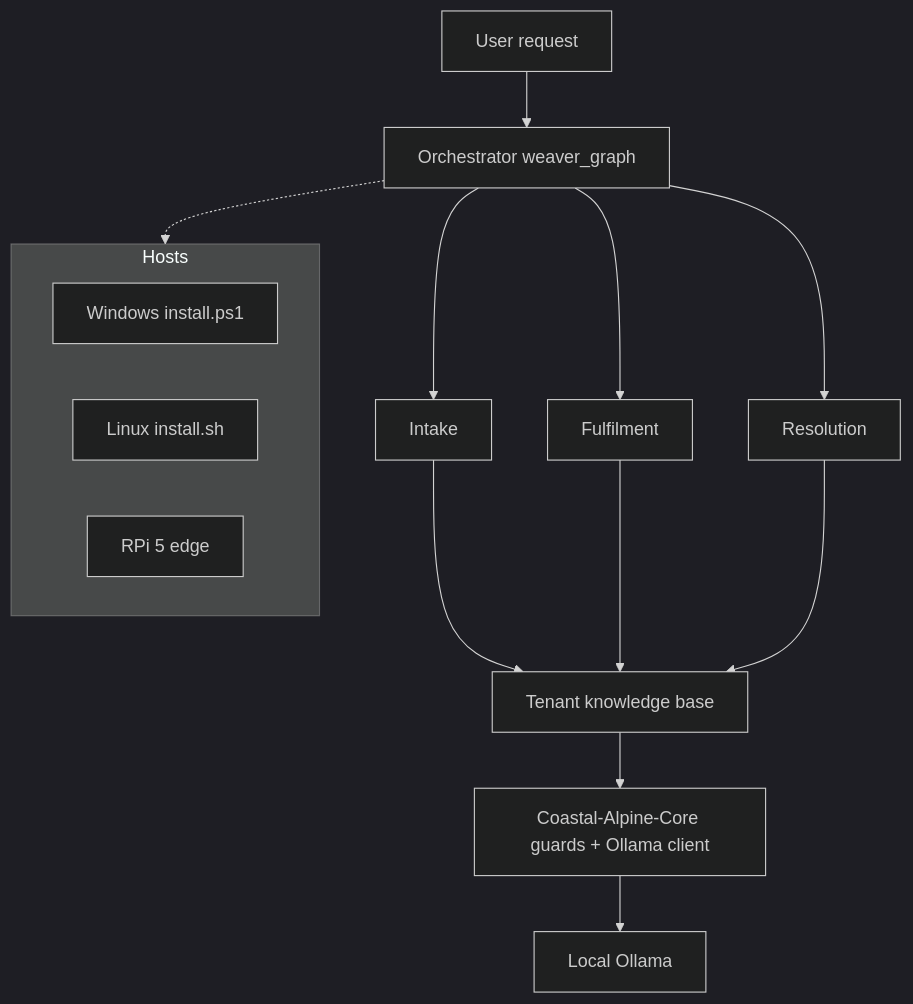
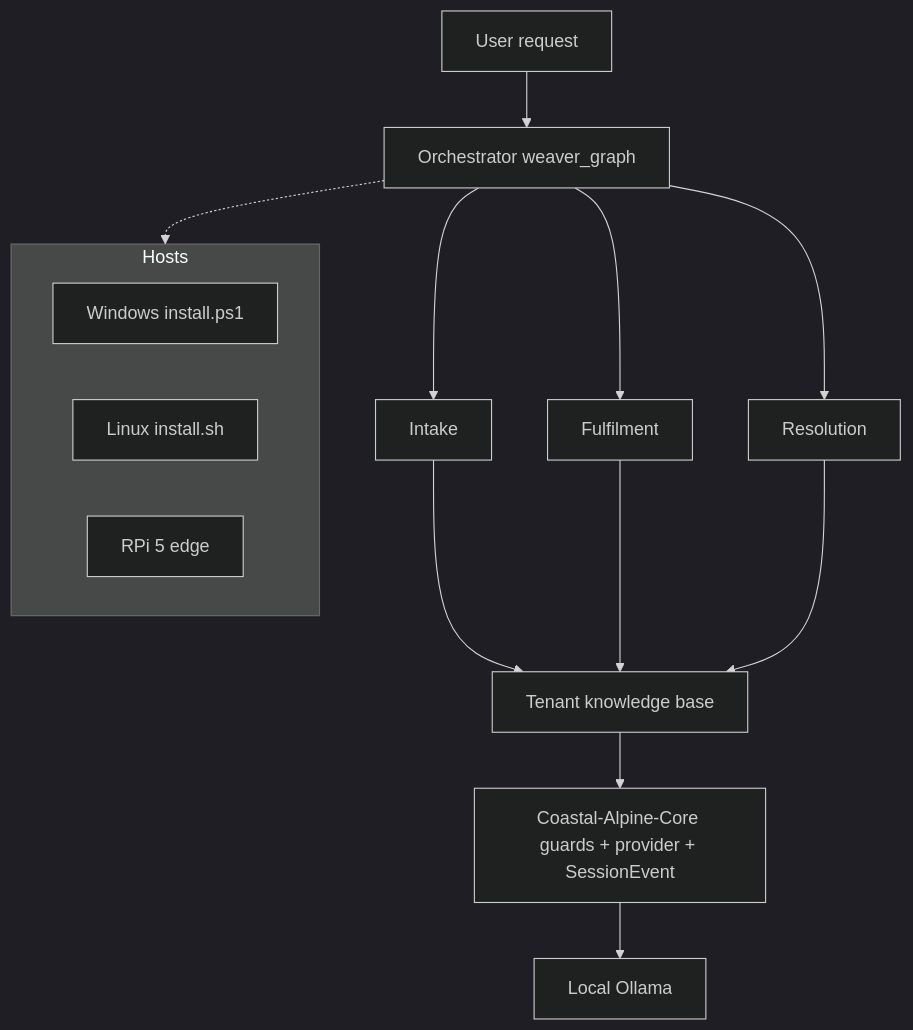
One commit to fivepanelhat/Weaver changed the diagram in ARCHITECTURE.md. Above: the diagram before and after it, drawn with Mermaid. The commit also changed other lines of this file, not shown here.

Commit message:
docs(architecture): document Sprint A Core seams (SessionEvent + providers)

````diff
--- a/ARCHITECTURE.md
+++ b/ARCHITECTURE.md
@@ -15,17 +17,17 @@
 ```mermaid
 %%{init: { "theme": "dark", "flowchart": { "curve": "basis", "useMaxWidth": true } }}%%
 flowchart TB
     U[User request] --> O[Orchestrator weaver_graph]
     O --> I[Intake]
     O --> F[Fulfilment]
     O --> R[Resolution]
     I & F & R --> KB[Tenant knowledge base]
-    KB --> C[Coastal-Alpine-Core guards + Ollama client]
+    KB --> C[Coastal-Alpine-Core guards + provider + SessionEvent]
     C --> LLM[Local Ollama]
     subgraph HOSTS[Hosts]
         W[Windows install.ps1]
         L[Linux install.sh]
         P[RPi 5 edge]
     end
     O -.-> HOSTS
 ```
````
